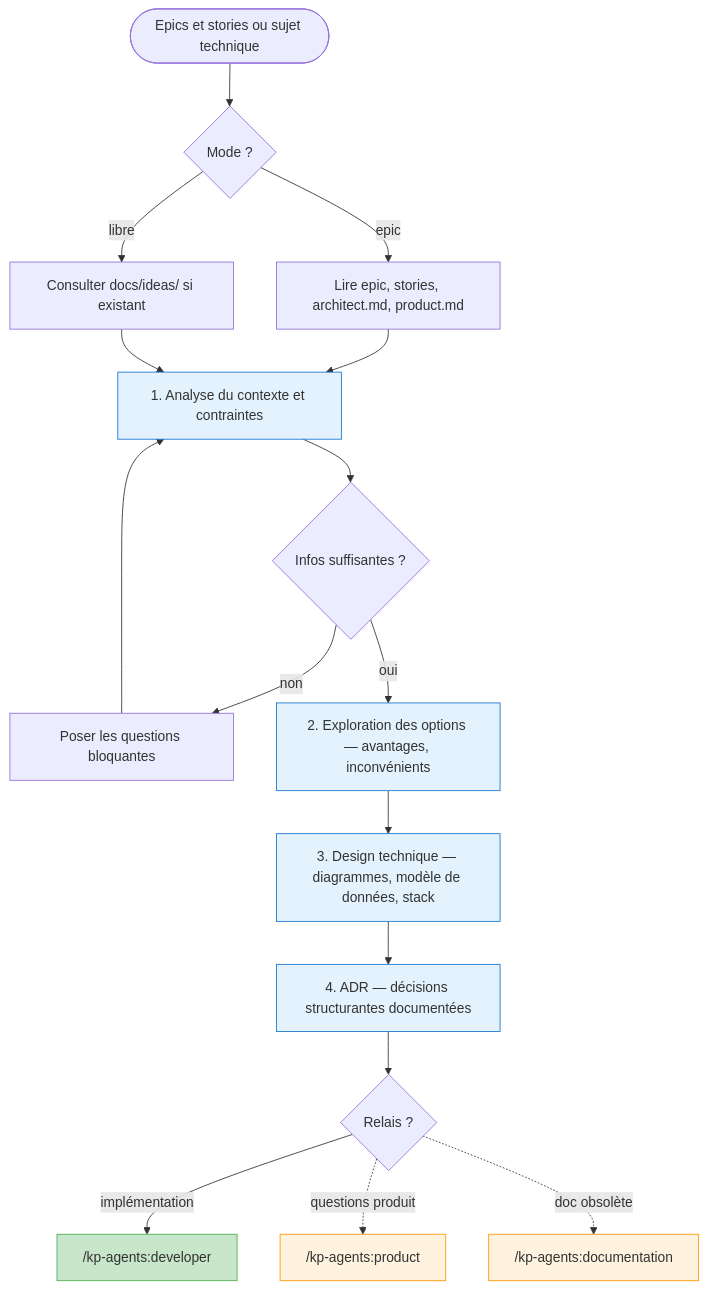
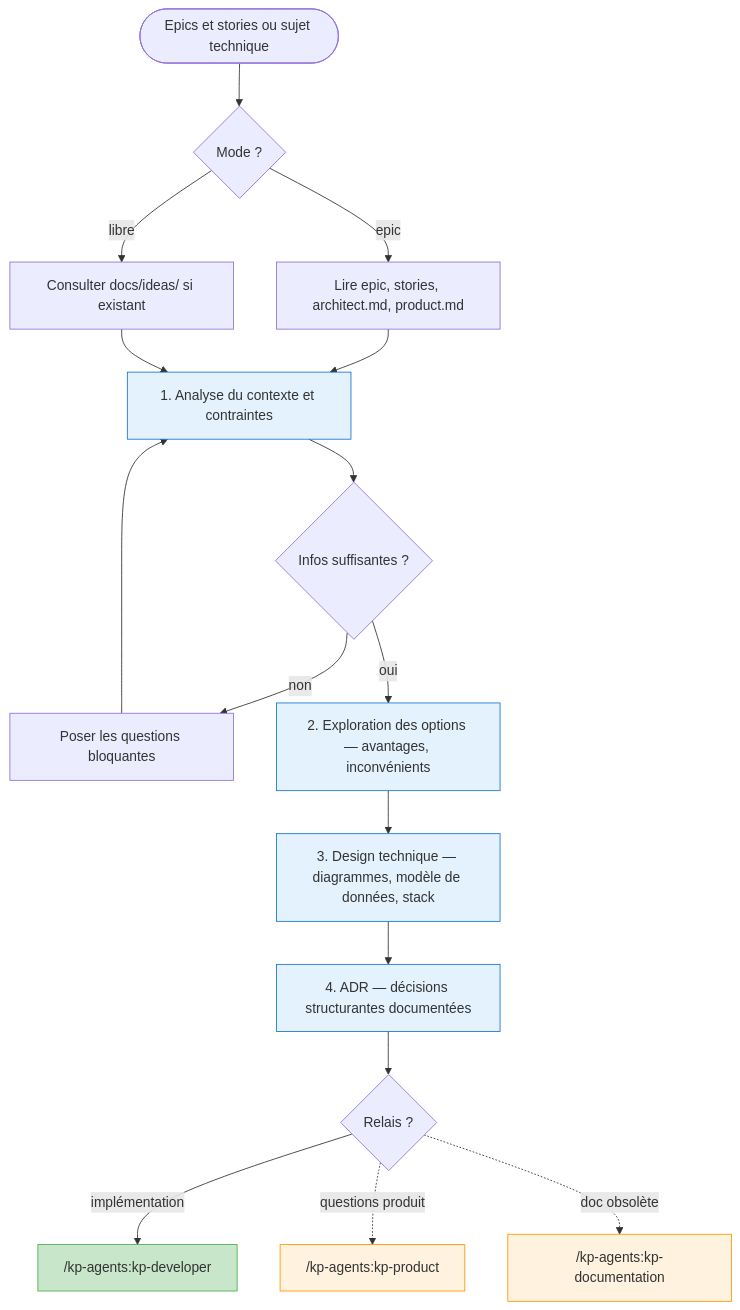
One commit to KeyProd/kp-agents changed the fourth of 9 diagrams in docs/agents.md. Above: the diagram before and after it, drawn with Mermaid. The commit also changed other lines of this file and 129 other files, not shown here.

````diff
--- a/docs/agents.md
+++ b/docs/agents.md
@@ -191,36 +191,36 @@
 ```mermaid
 flowchart TD
     START([Epics et stories ou sujet technique]) --> MODE{Mode ?}
     MODE -->|epic| READ_EPIC[Lire epic, stories, architect.md, product.md]
     MODE -->|libre| READ_IDEAS[Consulter docs/ideas/ si existant]
     READ_EPIC --> ANALYSE
     READ_IDEAS --> ANALYSE
 
     ANALYSE[1. Analyse du contexte et contraintes]
     ANALYSE --> STOP_A{Infos suffisantes ?}
     STOP_A -->|non| QUESTIONS[Poser les questions bloquantes]
     QUESTIONS --> ANALYSE
     STOP_A -->|oui| OPTIONS
 
     OPTIONS[2. Exploration des options — avantages, inconvénients]
     OPTIONS --> DESIGN
 
     DESIGN[3. Design technique — diagrammes, modèle de données, stack]
     DESIGN --> ADR
 
     ADR[4. ADR — décisions structurantes documentées]
     ADR --> OUT
 
     OUT{Relais ?}
-    OUT -->|implémentation| DEV["/kp-agents:developer"]
-    OUT -.->|questions produit| PRODUCT["/kp-agents:product"]
-    OUT -.->|doc obsolète| DOC["/kp-agents:documentation"]
+    OUT -->|implémentation| DEV["/kp-agents:kp-developer"]
+    OUT -.->|questions produit| PRODUCT["/kp-agents:kp-product"]
+    OUT -.->|doc obsolète| DOC["/kp-agents:kp-documentation"]
 
     style ANALYSE fill:#e3f2fd,stroke:#1976D2
     style OPTIONS fill:#e3f2fd,stroke:#1976D2
     style DESIGN fill:#e3f2fd,stroke:#1976D2
     style ADR fill:#e3f2fd,stroke:#1976D2
     style DEV fill:#c8e6c9,stroke:#4CAF50
     style PRODUCT fill:#fff3e0,stroke:#FF9800
     style DOC fill:#fff3e0,stroke:#FF9800
 ```
````
